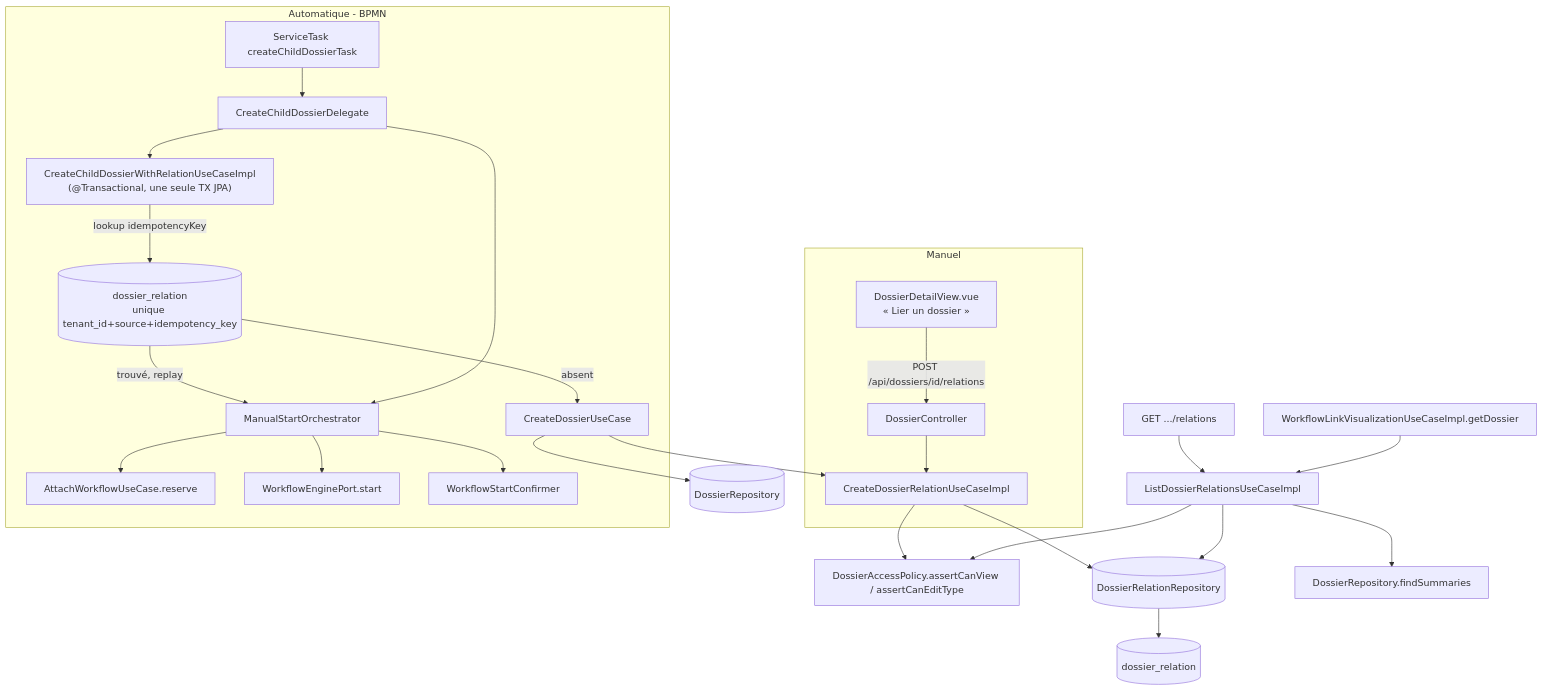
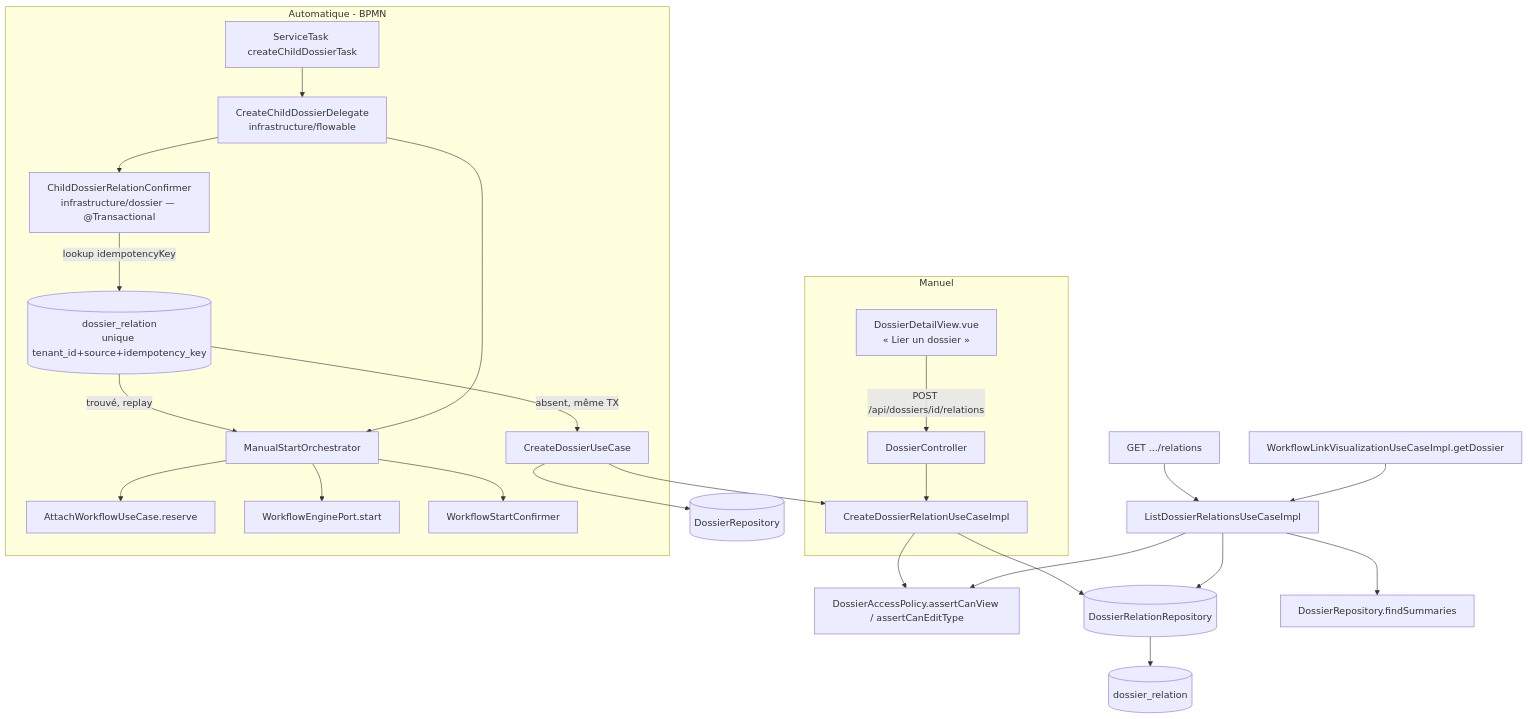
The diagram in docs/ai/design/2026-08-14-feature-relations-dossiers.md (superjojo79/Myrmacta), drawn with Mermaid before and after one commit. The commit also changed other lines of this file and 1 other file, not shown here.

````diff
--- a/docs/ai/design/2026-08-14-feature-relations-dossiers.md
+++ b/docs/ai/design/2026-08-14-feature-relations-dossiers.md
@@ -22,32 +23,32 @@
 ```mermaid
 graph TD
   subgraph Manuel
     UI[DossierDetailView.vue<br/>« Lier un dossier »] -->|POST /api/dossiers/id/relations| Ctrl[DossierController]
     Ctrl --> CreateUC[CreateDossierRelationUseCaseImpl]
   end
 
   subgraph Automatique - BPMN
-    BPMN[ServiceTask createChildDossierTask] --> Delegate[CreateChildDossierDelegate]
-    Delegate --> ChildUC["CreateChildDossierWithRelationUseCaseImpl<br/>(@Transactional, une seule TX JPA)"]
-    ChildUC -->|lookup idempotencyKey| RelationRepoLookup[(dossier_relation<br/>unique tenant_id+source+idempotency_key)]
+    BPMN[ServiceTask createChildDossierTask] --> Delegate[CreateChildDossierDelegate<br/>infrastructure/flowable]
+    Delegate --> ChildConfirmer["ChildDossierRelationConfirmer<br/>infrastructure/dossier — @Transactional"]
+    ChildConfirmer -->|lookup idempotencyKey| RelationRepoLookup[(dossier_relation<br/>unique tenant_id+source+idempotency_key)]
     RelationRepoLookup -->|trouvé, replay| Orchestrator
-    RelationRepoLookup -->|absent| CreateDossierUC[CreateDossierUseCase]
+    RelationRepoLookup -->|absent, même TX| CreateDossierUC[CreateDossierUseCase]
     CreateDossierUC --> CreateUC[CreateDossierRelationUseCaseImpl]
     Delegate --> Orchestrator[ManualStartOrchestrator]
     Orchestrator --> Attach[AttachWorkflowUseCase.reserve]
     Orchestrator --> Engine[WorkflowEnginePort.start]
     Orchestrator --> Confirmer[WorkflowStartConfirmer]
   end
 
   CreateDossierUC --> DossierRepo[(DossierRepository)]
   CreateUC --> AccessPolicy[DossierAccessPolicy.assertCanView / assertCanEditType]
   CreateUC --> RelationRepo[(DossierRelationRepository)]
   RelationRepo --> DB[(dossier_relation)]
 
   ListCtrl[GET .../relations] --> ListUC[ListDossierRelationsUseCaseImpl]
   ListUC --> RelationRepo
   ListUC --> AccessPolicy
   ListUC --> DossierSummary[DossierRepository.findSummaries]
 
   WFPanel[WorkflowLinkVisualizationUseCaseImpl.getDossier] --> ListUC
 ```
````
